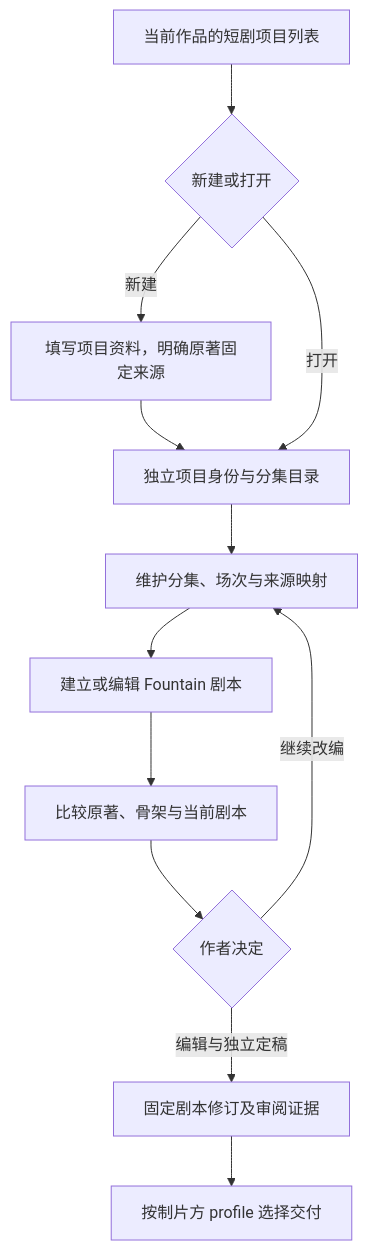
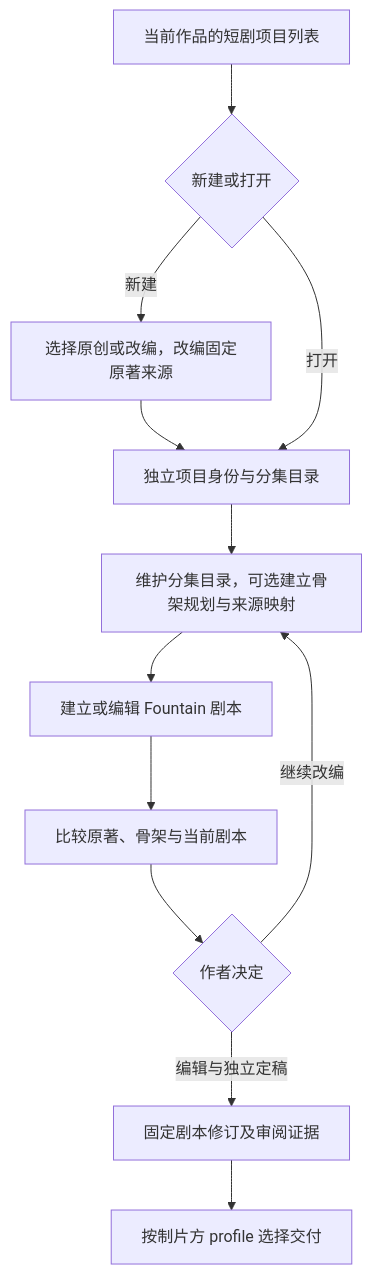
Before and after one commit to limecloud/hetu: diagram 18 of 48 in docs/23-业务流程与MCP时序.md, drawn with Mermaid. The commit also changed other lines of this file and 993 other files, not shown here.

````diff
--- a/docs/23-业务流程与MCP时序.md
+++ b/docs/23-业务流程与MCP时序.md
@@ -463,14 +487,14 @@
 ```mermaid
 flowchart TD
     projects["当前作品的短剧项目列表"] --> select{"新建或打开"}
-    select -->|"新建"| source["填写项目资料，明确原著固定来源"]
+    select -->|"新建"| source["选择原创或改编，改编固定原著来源"]
     source --> project["独立项目身份与分集目录"]
     select -->|"打开"| project
-    project --> structure["维护分集、场次与来源映射"]
+    project --> structure["维护分集目录，可选建立骨架规划与来源映射"]
     structure --> script["建立或编辑 Fountain 剧本"]
     script --> compare["比较原著、骨架与当前剧本"]
     compare --> next{"作者决定"}
     next -->|"继续改编"| structure
     next -->|"编辑与独立定稿"| final["固定剧本修订及审阅证据"]
     final --> export["按制片方 profile 选择交付"]
 ```
````
